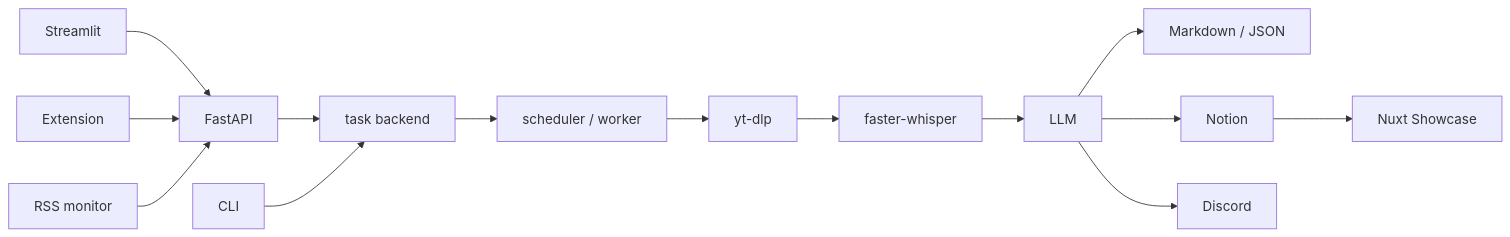
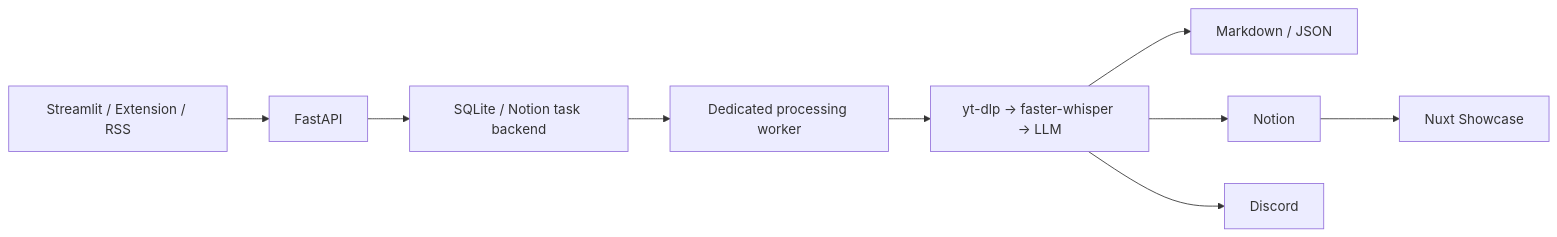
Before and after one commit to Rjiegit/youtube-transcript-summarizer: the diagram in openwiki/architecture/system-overview.md, drawn with Mermaid. The commit also changed other lines of this file and 30 other files, not shown here.

````diff
--- a/openwiki/architecture/system-overview.md
+++ b/openwiki/architecture/system-overview.md
@@ -55,16 +63,11 @@
 ```mermaid
 flowchart LR
-    Streamlit --> FastAPI
-    Extension --> FastAPI
-    RSS[RSS monitor] --> FastAPI
-    FastAPI --> Backend[task backend]
-    CLI --> Backend
-    Backend --> Worker[scheduler / worker]
-    Worker --> Ytdlp[yt-dlp]
-    Ytdlp --> Whisper[faster-whisper]
-    Whisper --> LLM
-    LLM --> Artifacts[Markdown / JSON]
-    LLM --> Notion
-    LLM --> Discord
-    Notion --> Showcase[Nuxt Showcase]
+  UI[Streamlit / Extension / RSS] --> API[FastAPI]
+  API --> Queue[SQLite / Notion task backend]
+  Queue --> Worker[Dedicated processing worker]
+  Worker --> Media[yt-dlp → faster-whisper → LLM]
+  Media --> Files[Markdown / JSON]
+  Media --> Notion
+  Media --> Discord
+  Notion --> Showcase[Nuxt Showcase]
 ```
````
